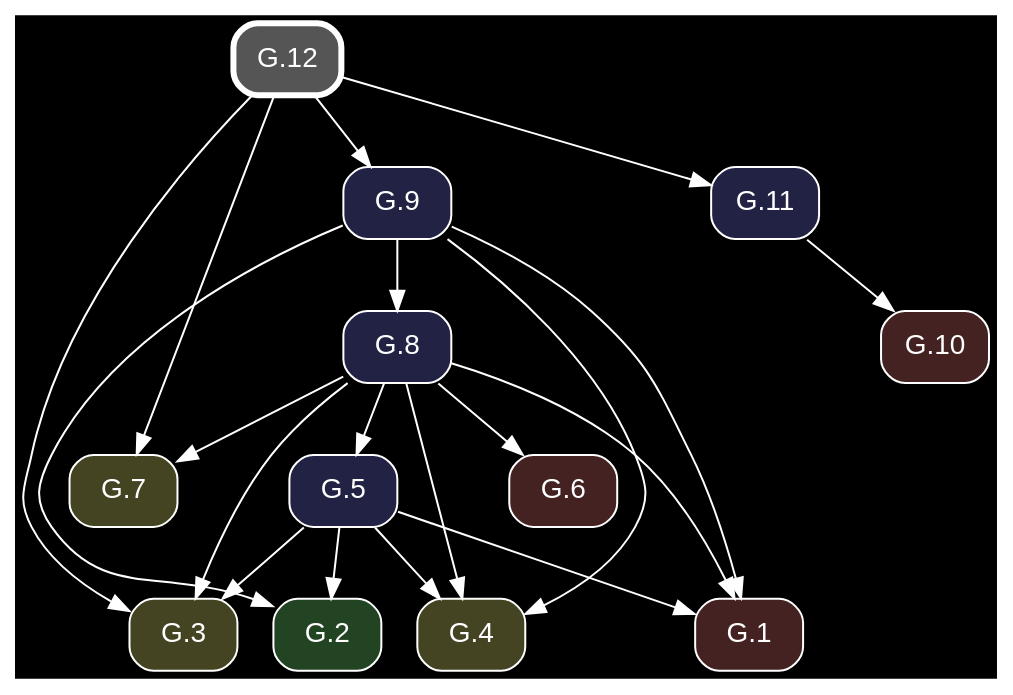
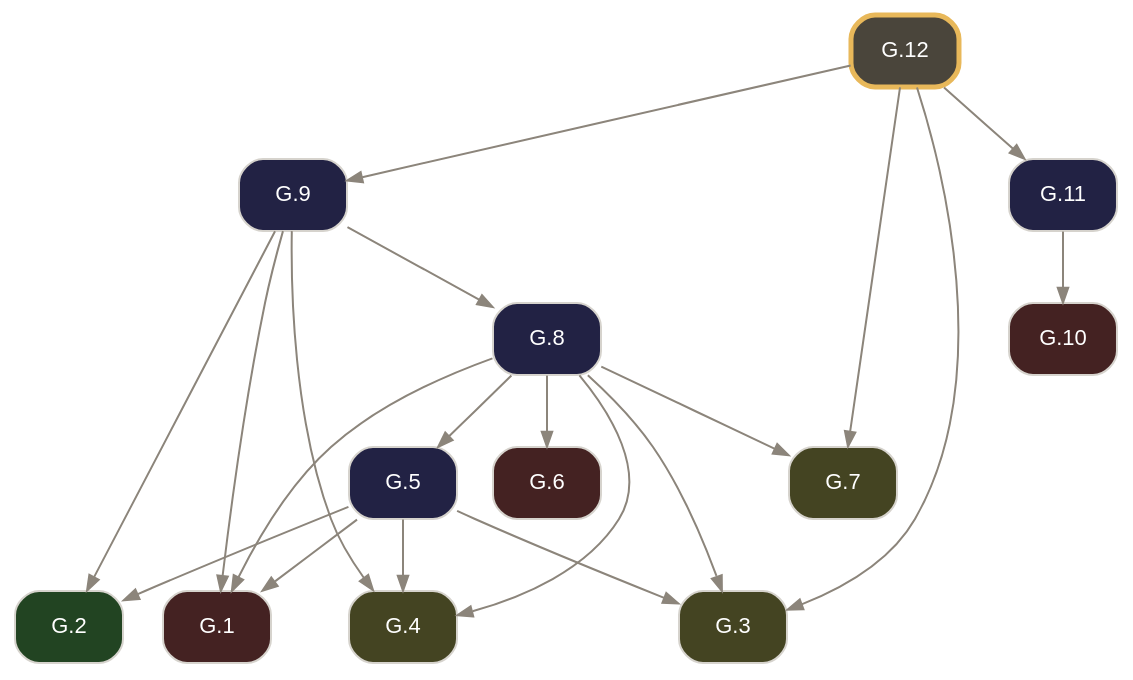
Before and after one commit to geometor/elements: the diagram in docsrc/elements2/G.12/index.rst, drawn with Graphviz. The commit also changed other lines of this file and 261 other files, not shown here.

Commit message:
feat: rebuild Elements 2.0 G-Index pipeline from composed Euclid Heath edition (v0.3.0)

```diff
--- a/docsrc/elements2/G.12/index.rst
+++ b/docsrc/elements2/G.12/index.rst
@@ -116,39 +114,39 @@
 .. graphviz::
 
    digraph {
-     bgcolor="black";
-     node [shape=box, style="rounded,filled", fontname="Helvetica", color="white", fontcolor="white"];
-     edge [color="white", fontcolor="white"];
+     bgcolor="transparent";
+     node [shape=box, style="rounded,filled", fontname="Helvetica", fontsize=11, color="#d6d3cd", fontcolor="#ffffff"];
+     edge [color="#8c857b", fontcolor="#8c857b", arrowsize=0.75];
      rankdir="TB";
-     "G.12" [label="G.12", penwidth=3, color="white", fillcolor="#555555", URL="/elements2/G.12/", target="_top"];
-     "G.6" [label="G.6", fillcolor="#442222", URL="/elements2/G.6/", target="_top"];
-     "G.8" [label="G.8", fillcolor="#222244", URL="/elements2/G.8/", target="_top"];
-     "G.9" [label="G.9", fillcolor="#222244", URL="/elements2/G.9/", target="_top"];
-     "G.7" [label="G.7", fillcolor="#444422", URL="/elements2/G.7/", target="_top"];
-     "G.10" [label="G.10", fillcolor="#442222", URL="/elements2/G.10/", target="_top"];
-     "G.3" [label="G.3", fillcolor="#444422", URL="/elements2/G.3/", target="_top"];
-     "G.11" [label="G.11", fillcolor="#222244", URL="/elements2/G.11/", target="_top"];
-     "G.5" [label="G.5", fillcolor="#222244", URL="/elements2/G.5/", target="_top"];
-     "G.4" [label="G.4", fillcolor="#444422", URL="/elements2/G.4/", target="_top"];
-     "G.1" [label="G.1", fillcolor="#442222", URL="/elements2/G.1/", target="_top"];
-     "G.2" [label="G.2", fillcolor="#224422", URL="/elements2/G.2/", target="_top"];
-     "G.8" -> "G.6";
-     "G.9" -> "G.8";
-     "G.12" -> "G.9";
-     "G.8" -> "G.7";
-     "G.12" -> "G.7";
-     "G.11" -> "G.10";
-     "G.5" -> "G.3";
-     "G.8" -> "G.3";
-     "G.12" -> "G.3";
-     "G.12" -> "G.11";
-     "G.8" -> "G.5";
-     "G.5" -> "G.4";
-     "G.8" -> "G.4";
-     "G.9" -> "G.4";
+     "G.1" [label="G.1", tooltip="G.1 (I.cn.1)", fillcolor="#442222", URL="../G.1/index.html", target="_top"];
+     "G.2" [label="G.2", tooltip="G.2 (I.def.15)", fillcolor="#224422", URL="../G.2/index.html", target="_top"];
+     "G.3" [label="G.3", tooltip="G.3 (I.post.1)", fillcolor="#444422", URL="../G.3/index.html", target="_top"];
+     "G.4" [label="G.4", tooltip="G.4 (I.post.3)", fillcolor="#444422", URL="../G.4/index.html", target="_top"];
+     "G.5" [label="G.5", tooltip="G.5 (I.1)", fillcolor="#222244", URL="../G.5/index.html", target="_top"];
+     "G.6" [label="G.6", tooltip="G.6 (I.cn.3)", fillcolor="#442222", URL="../G.6/index.html", target="_top"];
+     "G.7" [label="G.7", tooltip="G.7 (I.post.2)", fillcolor="#444422", URL="../G.7/index.html", target="_top"];
+     "G.8" [label="G.8", tooltip="G.8 (I.2)", fillcolor="#222244", URL="../G.8/index.html", target="_top"];
+     "G.9" [label="G.9", tooltip="G.9 (I.3)", fillcolor="#222244", URL="../G.9/index.html", target="_top"];
+     "G.10" [label="G.10", tooltip="G.10 (I.cn.4)", fillcolor="#442222", URL="../G.10/index.html", target="_top"];
+     "G.11" [label="G.11", tooltip="G.11 (I.4)", fillcolor="#222244", URL="../G.11/index.html", target="_top"];
+     "G.12" [label="G.12", tooltip="G.12 (I.5)", penwidth=2.5, color="#e8b85a", fillcolor="#4a453b", URL="index.html", target="_top"];
      "G.5" -> "G.1";
      "G.8" -> "G.1";
      "G.9" -> "G.1";
      "G.5" -> "G.2";
      "G.9" -> "G.2";
+     "G.5" -> "G.3";
+     "G.8" -> "G.3";
+     "G.12" -> "G.3";
+     "G.5" -> "G.4";
+     "G.8" -> "G.4";
+     "G.9" -> "G.4";
+     "G.8" -> "G.5";
+     "G.8" -> "G.6";
+     "G.8" -> "G.7";
+     "G.12" -> "G.7";
+     "G.9" -> "G.8";
+     "G.12" -> "G.9";
+     "G.11" -> "G.10";
+     "G.12" -> "G.11";
    }
```
